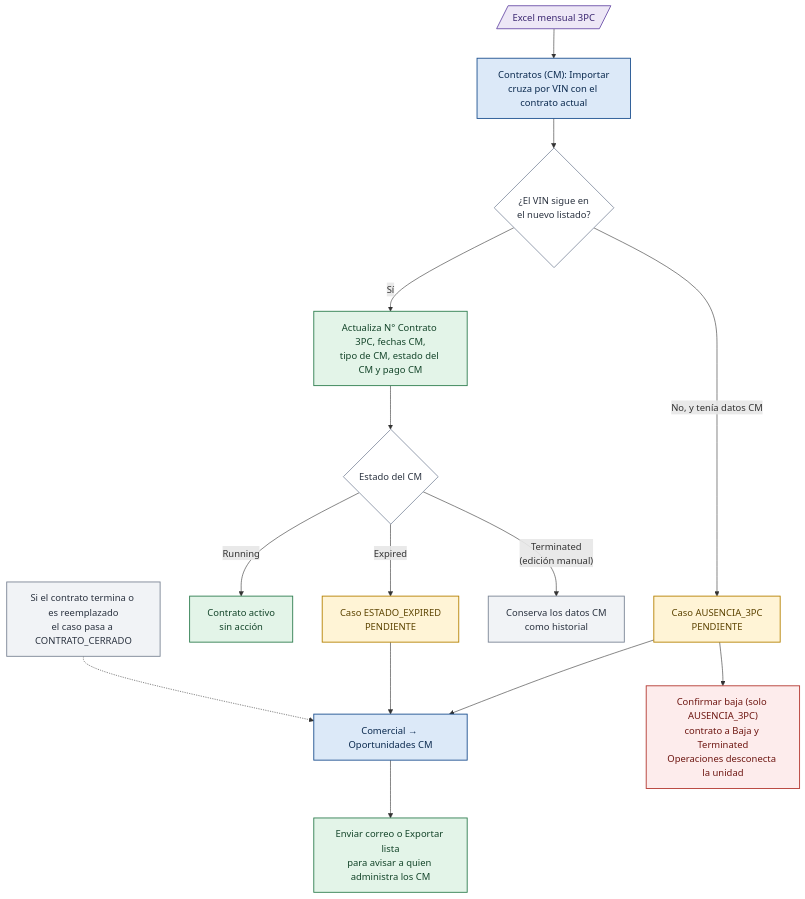
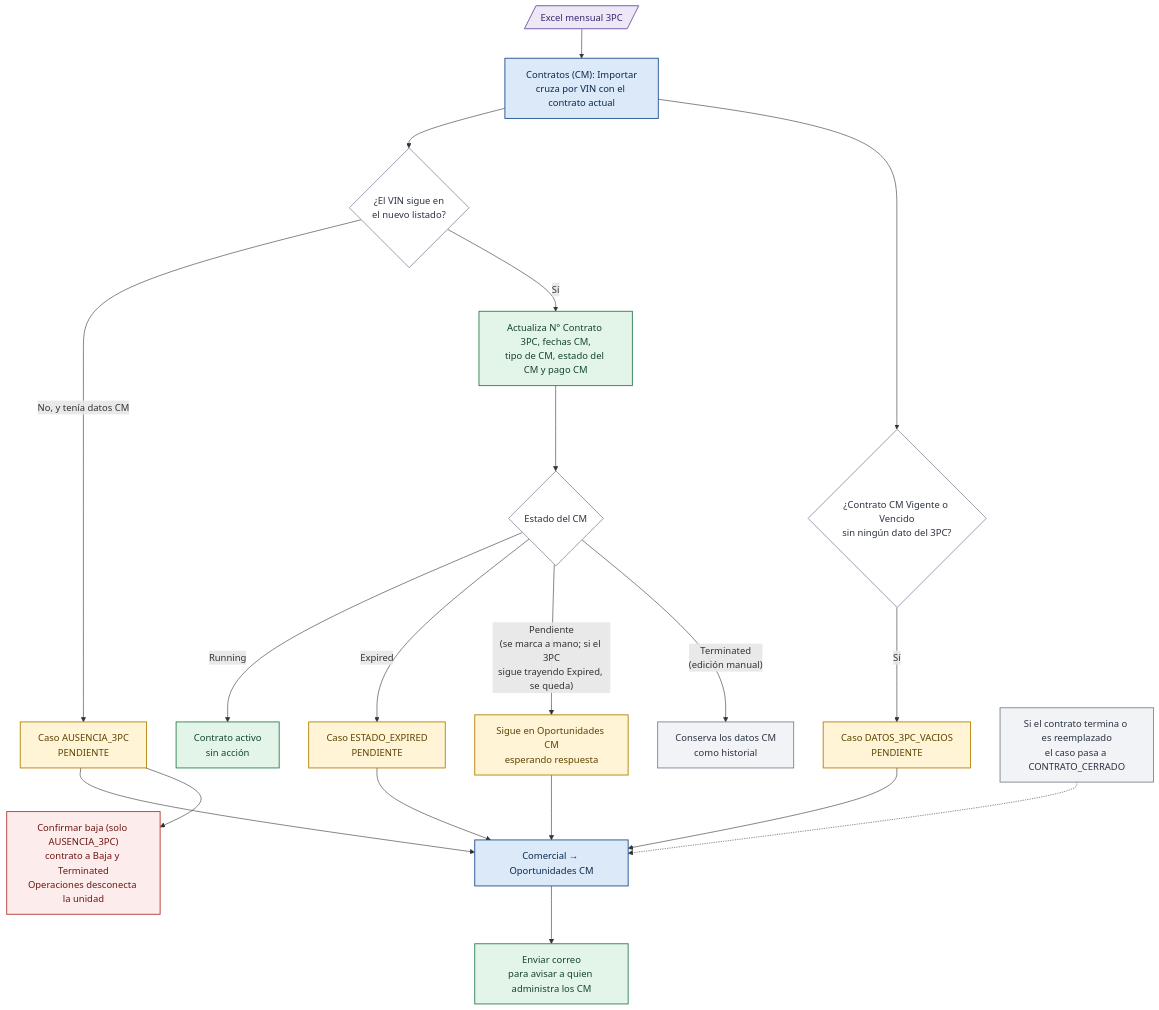
One commit to felipeMon20/PTY4614-302-EQUIPO-2 changed diagram 13 of 31 in Fase 2/Evidencias Proyecto/Evidencias de documentación/docs/08. Arquitectura Visual y Diagramas.md. Above: the diagram before and after it, drawn with Mermaid. The commit also changed other lines of this file and 315 other files, not shown here.

````diff
--- a/Fase 2/Evidencias Proyecto/Evidencias de documentación/docs/08. Arquitectura Visual y Diagramas.md
+++ b/Fase 2/Evidencias Proyecto/Evidencias de documentación/docs/08. Arquitectura Visual y Diagramas.md
@@ -453,24 +456,29 @@
 ```mermaid
 flowchart TD
     A[/"Excel mensual 3PC"/]:::externo --> B["Contratos (CM): Importar<br/>cruza por VIN con el contrato actual"]:::pantalla
     B --> D{"¿El VIN sigue en<br/>el nuevo listado?"}:::neutro
     D -->|"No, y tenía datos CM"| E["Caso AUSENCIA_3PC<br/>PENDIENTE"]:::aviso
     D -->|Sí| F["Actualiza N° Contrato 3PC, fechas CM,<br/>tipo de CM, estado del CM y pago CM"]:::accion
+    B --> VAC{"¿Contrato CM Vigente o Vencido<br/>sin ningún dato del 3PC?"}:::neutro
+    VAC -->|Sí| W["Caso DATOS_3PC_VACIOS<br/>PENDIENTE"]:::aviso
     F --> G{"Estado del CM"}:::neutro
     G -->|Running| H["Contrato activo<br/>sin acción"]:::accion
     G -->|Expired| I["Caso ESTADO_EXPIRED<br/>PENDIENTE"]:::aviso
+    G -->|"Pendiente<br/>(se marca a mano; si el 3PC<br/>sigue trayendo Expired, se queda)"| PE["Sigue en Oportunidades CM<br/>esperando respuesta"]:::aviso
+    PE --> K
     G -->|"Terminated<br/>(edición manual)"| J["Conserva los datos CM<br/>como historial"]:::archivo
     E --> K["Comercial → Oportunidades CM"]:::pantalla
     I --> K
-    K --> L["Enviar correo o Exportar lista<br/>para avisar a quien administra los CM"]:::accion
+    W --> K
+    K --> L["Enviar correo<br/>para avisar a quien administra los CM"]:::accion
     E --> M["Confirmar baja (solo AUSENCIA_3PC)<br/>contrato a Baja y Terminated<br/>Operaciones desconecta la unidad"]:::alerta
     CER["Si el contrato termina o es reemplazado<br/>el caso pasa a CONTRATO_CERRADO"]:::archivo -.-> K
     classDef pantalla fill:#DCE9F8,stroke:#1B4F8F,color:#0B2A4F,stroke-width:1.5px
     classDef grupo fill:#1B4F8F,stroke:#0B2A4F,color:#FFFFFF,stroke-width:1.5px
     classDef accion fill:#E3F4E8,stroke:#2E7D4F,color:#14452A,stroke-width:1.5px
     classDef archivo fill:#F1F3F6,stroke:#7A8494,color:#2B3340,stroke-width:1.5px
     classDef externo fill:#EDE7F6,stroke:#6B4FA8,color:#3A2670,stroke-width:1.5px
     classDef alerta fill:#FDECEC,stroke:#B3372F,color:#6E1712,stroke-width:1.5px
     classDef aviso fill:#FFF4D6,stroke:#B58100,color:#5C4300,stroke-width:1.5px
     classDef neutro fill:#FFFFFF,stroke:#8A94A6,color:#2B3340,stroke-width:1.5px
 ```
````
